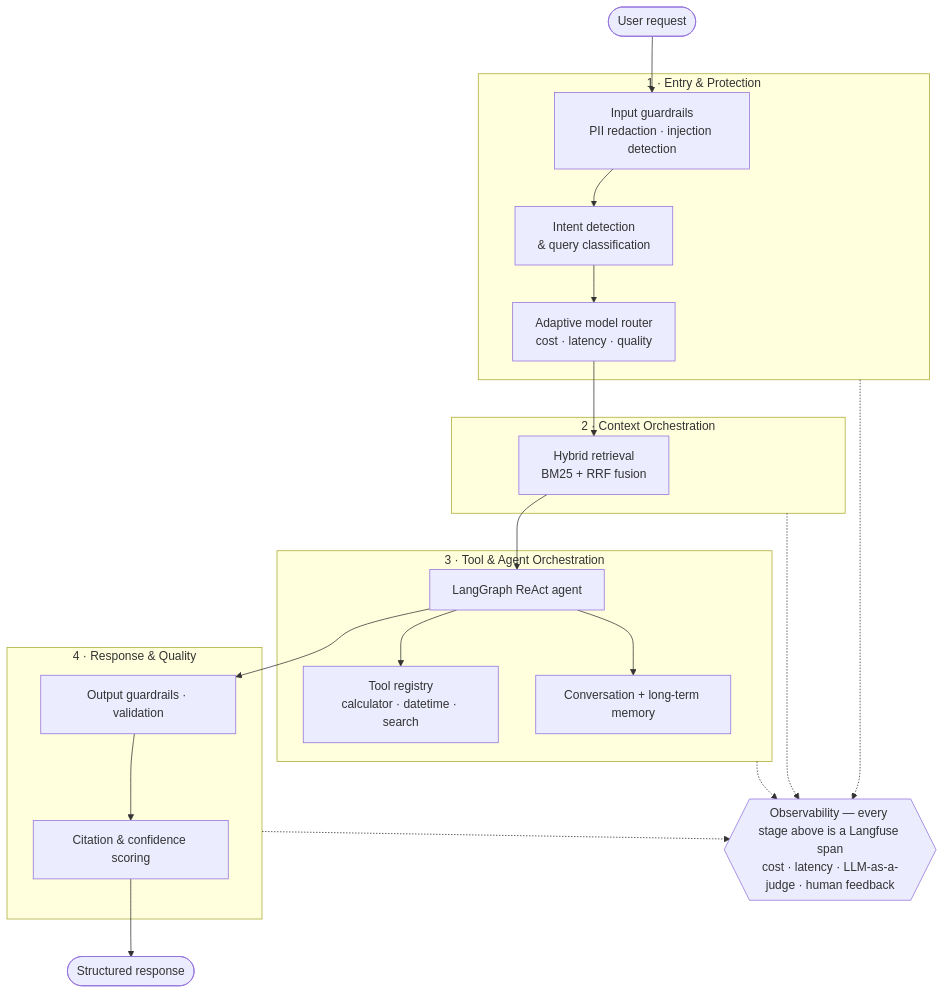
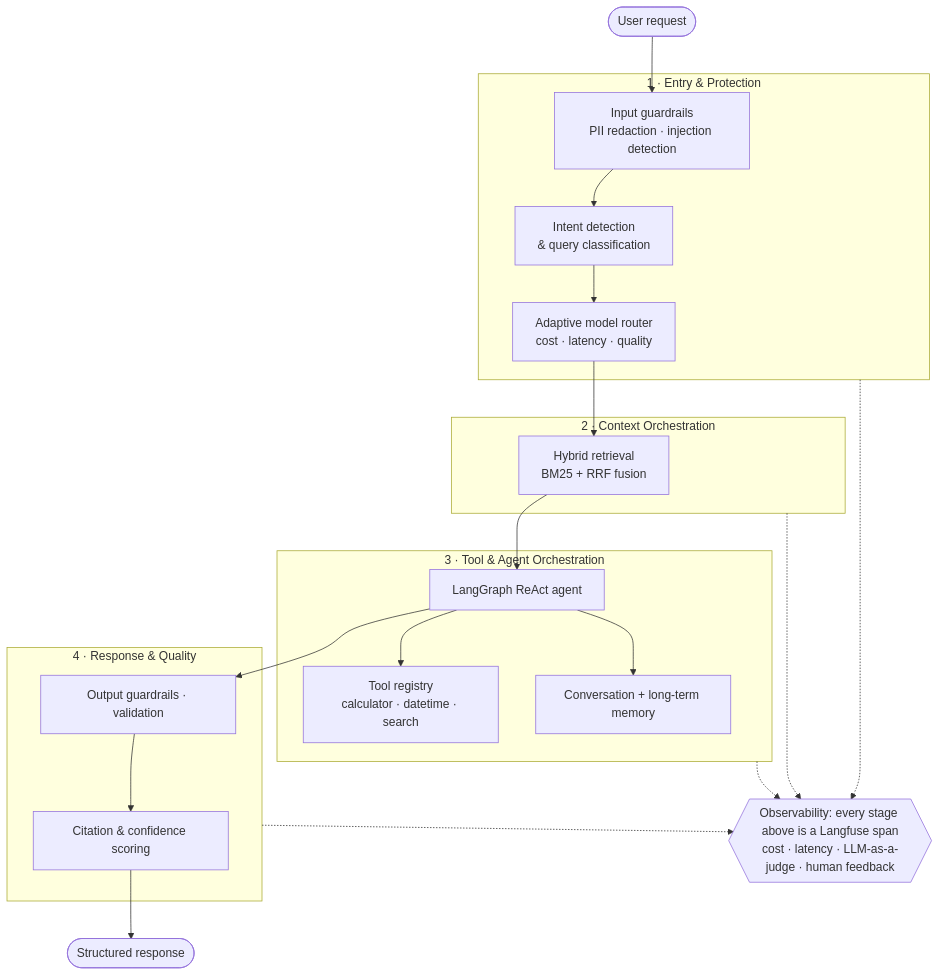
One commit to tahasiddiquii/ai-harness changed the diagram in README.md. Above: the diagram before and after it, drawn with Mermaid. The commit also changed other lines of this file, not shown here.

````diff
--- a/README.md
+++ b/README.md
@@ -19,32 +19,32 @@
 ```mermaid
 flowchart TB
     U([User request]) --> G
 
     subgraph L1["1 · Entry & Protection"]
         G[Input guardrails<br/>PII redaction · injection detection] --> C[Intent detection<br/>& query classification]
         C --> R[Adaptive model router<br/>cost · latency · quality]
     end
 
     subgraph L2["2 · Context Orchestration"]
         RET[Hybrid retrieval<br/>BM25 + RRF fusion]
     end
 
     subgraph L3["3 · Tool & Agent Orchestration"]
         AG[LangGraph ReAct agent] --> T[Tool registry<br/>calculator · datetime · search]
         AG --> M[Conversation + long-term memory]
     end
 
     subgraph L4["4 · Response & Quality"]
         V[Output guardrails · validation] --> CITE[Citation & confidence scoring]
     end
 
     R --> RET --> AG
     AG --> V
     CITE --> RESP([Structured response])
 
-    OBS{{"Observability — every stage above is a Langfuse span<br/>cost · latency · LLM-as-a-judge · human feedback"}}
+    OBS{{"Observability: every stage above is a Langfuse span<br/>cost · latency · LLM-as-a-judge · human feedback"}}
     L1 -.-> OBS
     L2 -.-> OBS
     L3 -.-> OBS
     L4 -.-> OBS
 ```
````
